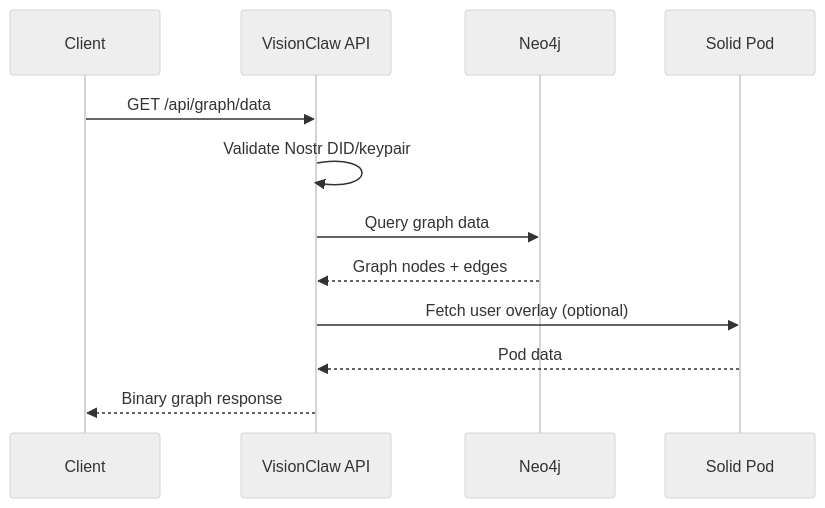
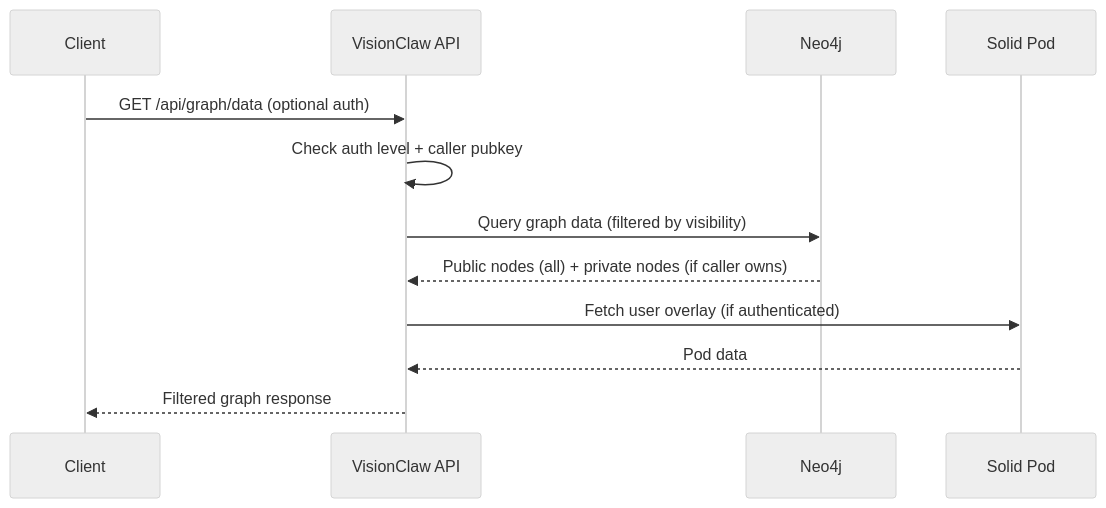
Before and after one commit to shaneholloman/logseq-spring-thing: the second of 2 diagrams in docs/reference/rest-api.md, drawn with Mermaid (neutral theme). The commit also changed other lines of this file, not shown here.

Commit message:
docs(api): rest-api + NIP-98 optional auth + KGNode shape + opacification (ADR-028-ext/050)

````diff
--- a/docs/reference/rest-api.md
+++ b/docs/reference/rest-api.md
@@ -193,15 +204,15 @@
 ```mermaid
 sequenceDiagram
     participant Client
     participant API as VisionClaw API
     participant Neo4j
     participant Solid as Solid Pod
 
-    Client->>API: GET /api/graph/data
-    API->>API: Validate Nostr DID/keypair
-    API->>Neo4j: Query graph data
-    Neo4j-->>API: Graph nodes + edges
-    API->>Solid: Fetch user overlay (optional)
+    Client->>API: GET /api/graph/data (optional auth)
+    API->>API: Check auth level + caller pubkey
+    API->>Neo4j: Query graph data (filtered by visibility)
+    Neo4j-->>API: Public nodes (all) + private nodes (if caller owns)
+    API->>Solid: Fetch user overlay (if authenticated)
     Solid-->>API: Pod data
-    API-->>Client: Binary graph response
+    API-->>Client: Filtered graph response
 ```
````
